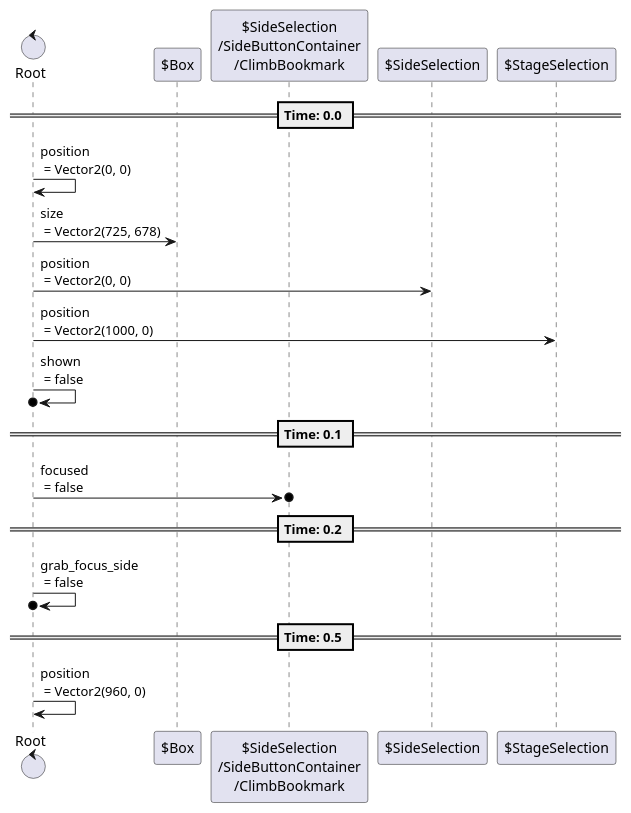
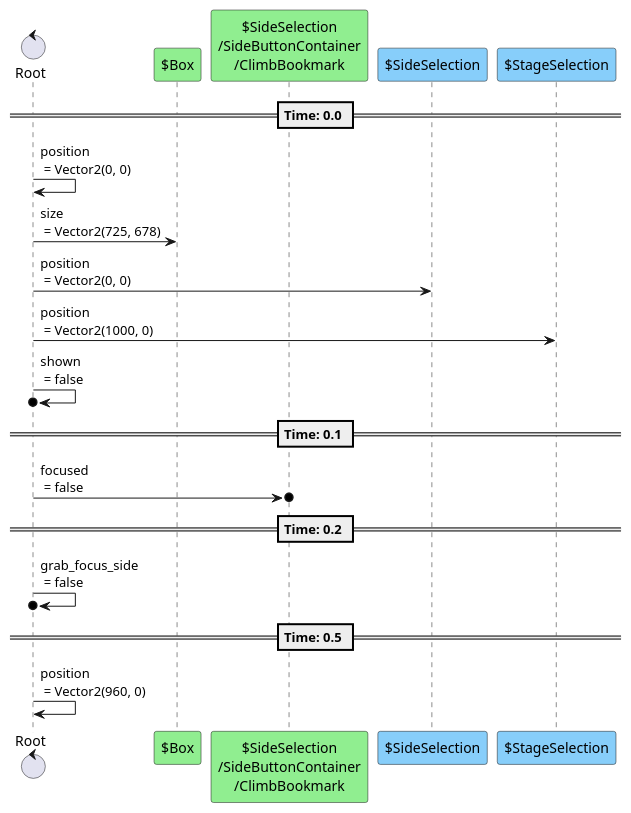
One commit to tkmfujise/Platformer-Game-Learning changed the fifth of 6 diagrams in content/scenes/src/beginning/chapters/menu/menu.tscn.adoc. Above: the diagram before and after it, drawn with PlantUML. The commit also changed other lines of this file and 67 other files, not shown here.

```diff
--- a/content/scenes/src/beginning/chapters/menu/menu.tscn.adoc
+++ b/content/scenes/src/beginning/chapters/menu/menu.tscn.adoc
@@ -555,25 +555,25 @@
 [plantuml]
 ....
 control "Root" as R
-participant "$Box" as T1
-participant "$SideSelection\n/SideButtonContainer\n/ClimbBookmark" as T2
-participant "$SideSelection" as T4
-participant "$StageSelection" as T5
+participant "$Box" as T1 #90EE90
+participant "$SideSelection\n/SideButtonContainer\n/ClimbBookmark" as T2 #90EE90
+participant "$SideSelection" as T4 #87CEFA
+participant "$StageSelection" as T5 #87CEFA
 
 
 
 == Time: 0.0 ==
 R  ->  R : position\n = Vector2(0, 0)
 R  ->  T1 : size\n = Vector2(725, 678)
 R  ->  T4 : position\n = Vector2(0, 0)
 R  ->  T5 : position\n = Vector2(1000, 0)
 R  ->o  R : shown\n = false
 == Time: 0.1 ==
 R  ->o  T2 : focused\n = false
 == Time: 0.2 ==
 R  ->o  R : grab_focus_side\n = false
 == Time: 0.5 ==
 R  ->  R : position\n = Vector2(960, 0)
 
 
 ....
```
